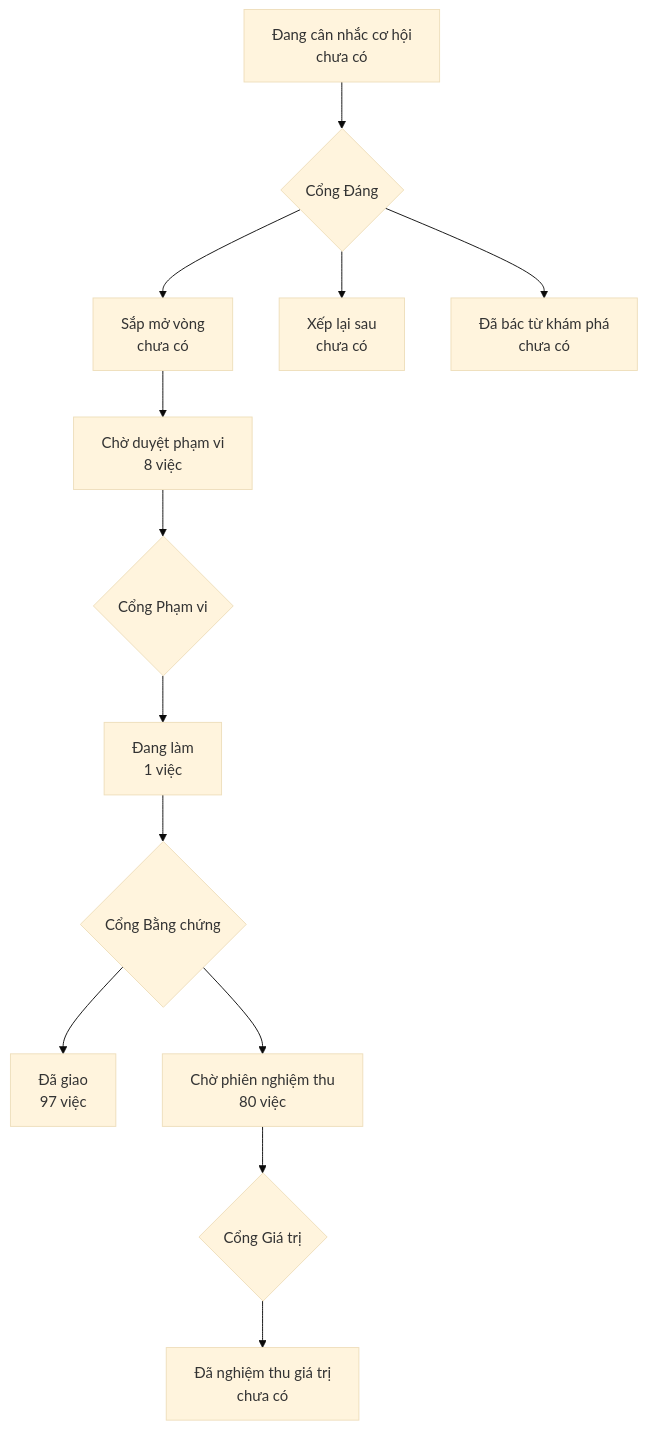
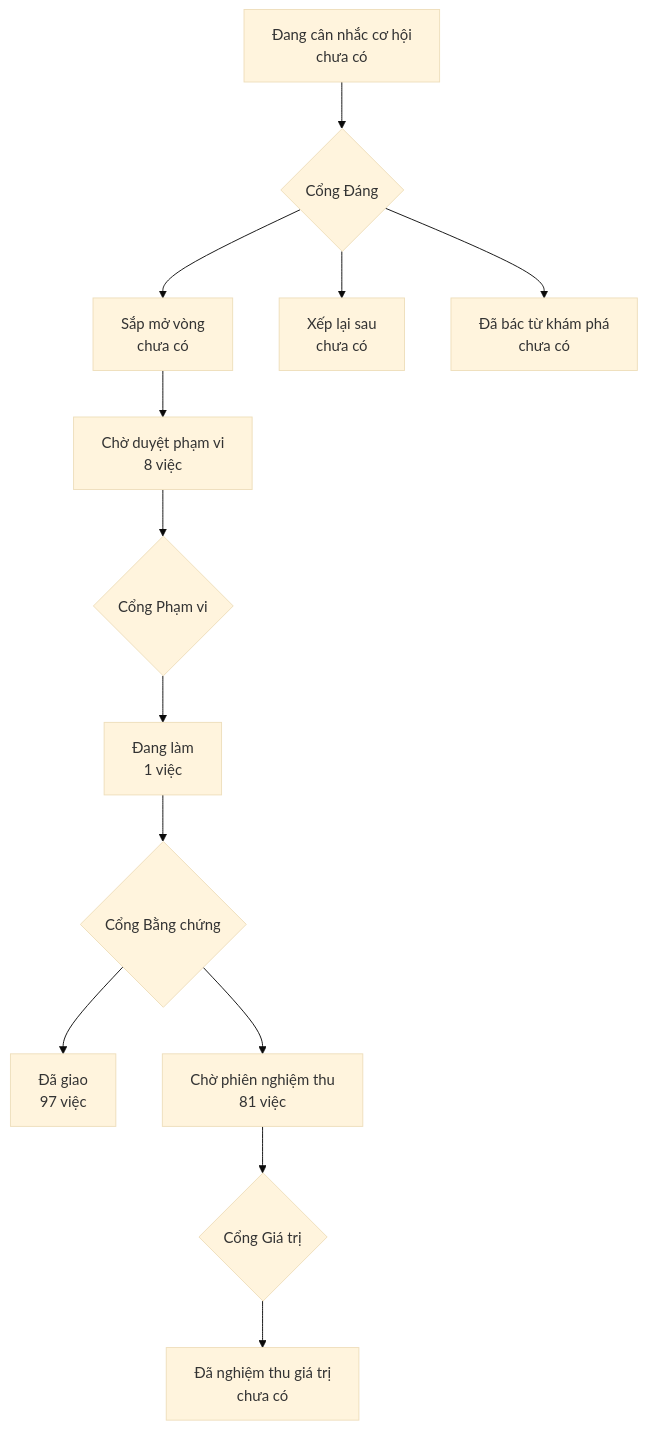
One commit to phanlemanh/onehub-invest changed the diagram in PRODUCT-MAP.md. Above: the diagram before and after it, drawn with Mermaid (base theme). The commit also changed other lines of this file and 1 other file, not shown here.

Commit message:
chore(acceptance): vẽ lại bản đồ sau gộp main

````diff
--- a/PRODUCT-MAP.md
+++ b/PRODUCT-MAP.md
@@ -7,12 +7,12 @@
 ```mermaid
 flowchart TD
   A["Đang cân nhắc cơ hội<br/>chưa có"] --> GD{"Cổng Đáng"}
   GD --> B["Sắp mở vòng<br/>chưa có"]
   GD --> XL["Xếp lại sau<br/>chưa có"]
   GD --> DB["Đã bác từ khám phá<br/>chưa có"]
   B --> CD["Chờ duyệt phạm vi<br/>8 việc"] --> GP{"Cổng Phạm vi"}
   GP --> DL["Đang làm<br/>1 việc"] --> GB{"Cổng Bằng chứng"}
   GB --> DG["Đã giao<br/>97 việc"]
-  GB --> CN["Chờ phiên nghiệm thu<br/>80 việc"] --> GG{"Cổng Giá trị"}
+  GB --> CN["Chờ phiên nghiệm thu<br/>81 việc"] --> GG{"Cổng Giá trị"}
   GG --> NT["Đã nghiệm thu giá trị<br/>chưa có"]
 ```
````
